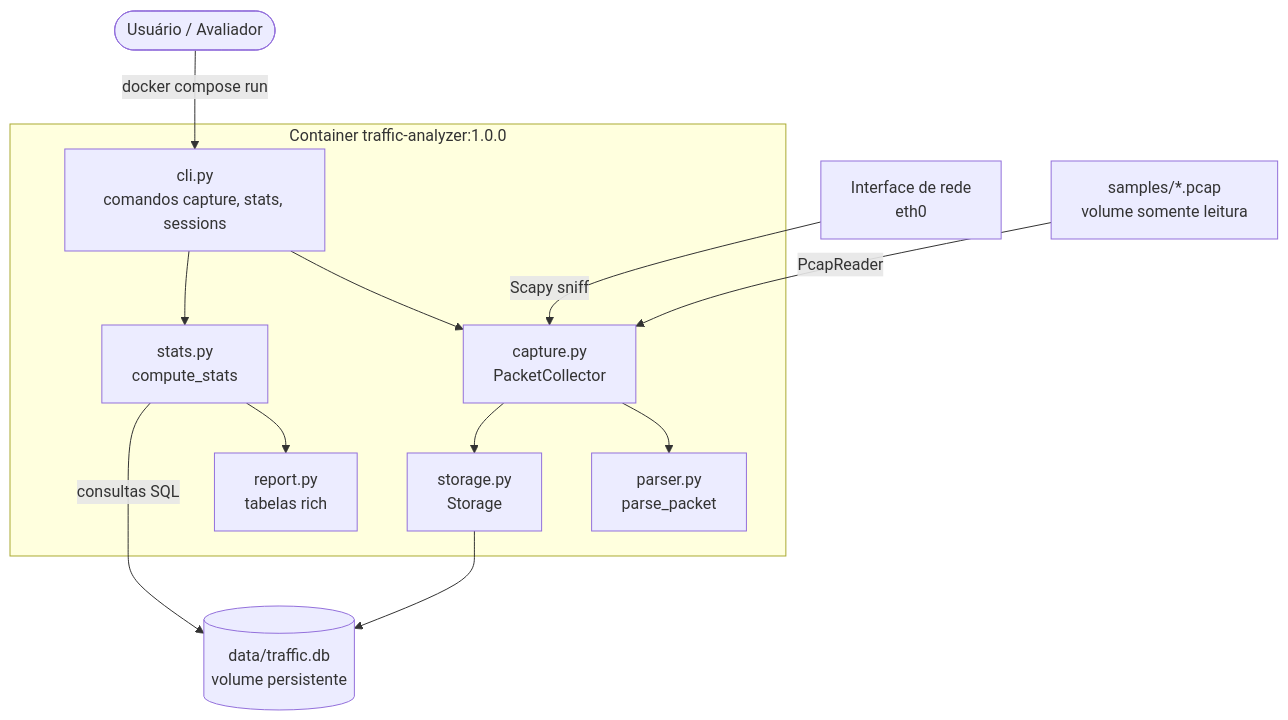
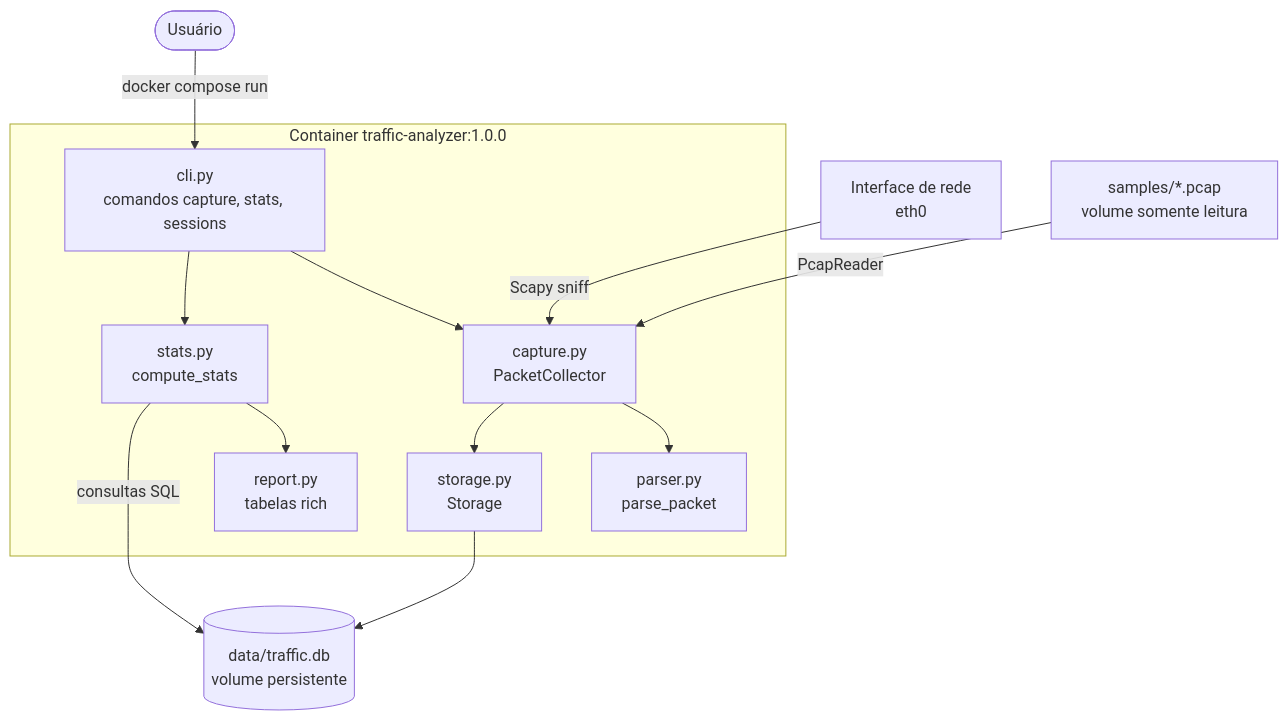
The first of 4 diagrams in docs/arquitetura.md (brunodrapalski-hue/Analizador-de-trafego), drawn with Mermaid before and after one commit. The commit also changed other lines of this file and 6 other files, not shown here.

````diff
--- a/docs/arquitetura.md
+++ b/docs/arquitetura.md
@@ -7,21 +7,21 @@
 ```mermaid
 flowchart TB
-    U([Usuário / Avaliador]) -->|docker compose run| CLI
+    U([Usuário]) -->|docker compose run| CLI
 
     subgraph Container["Container traffic-analyzer:1.0.0"]
         CLI[cli.py<br/>comandos capture, stats, sessions]
         CAP[capture.py<br/>PacketCollector]
         PAR[parser.py<br/>parse_packet]
         STO[storage.py<br/>Storage]
         STA[stats.py<br/>compute_stats]
         REP[report.py<br/>tabelas rich]
         CLI --> CAP --> PAR
         CAP --> STO
         CLI --> STA --> REP
     end
 
     NIC[Interface de rede<br/>eth0] -->|Scapy sniff| CAP
     PCAP[samples/*.pcap<br/>volume somente leitura] -->|PcapReader| CAP
     STO --> DB[(data/traffic.db<br/>volume persistente)]
     STA -->|consultas SQL| DB
 ```
````
